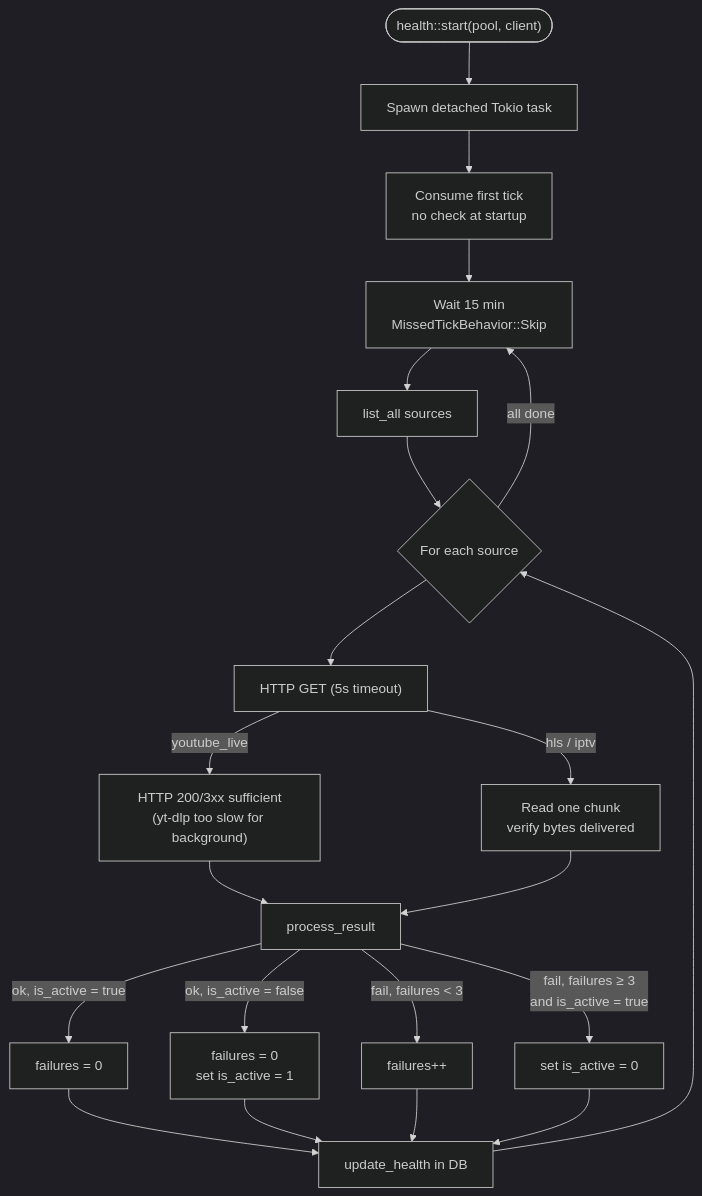
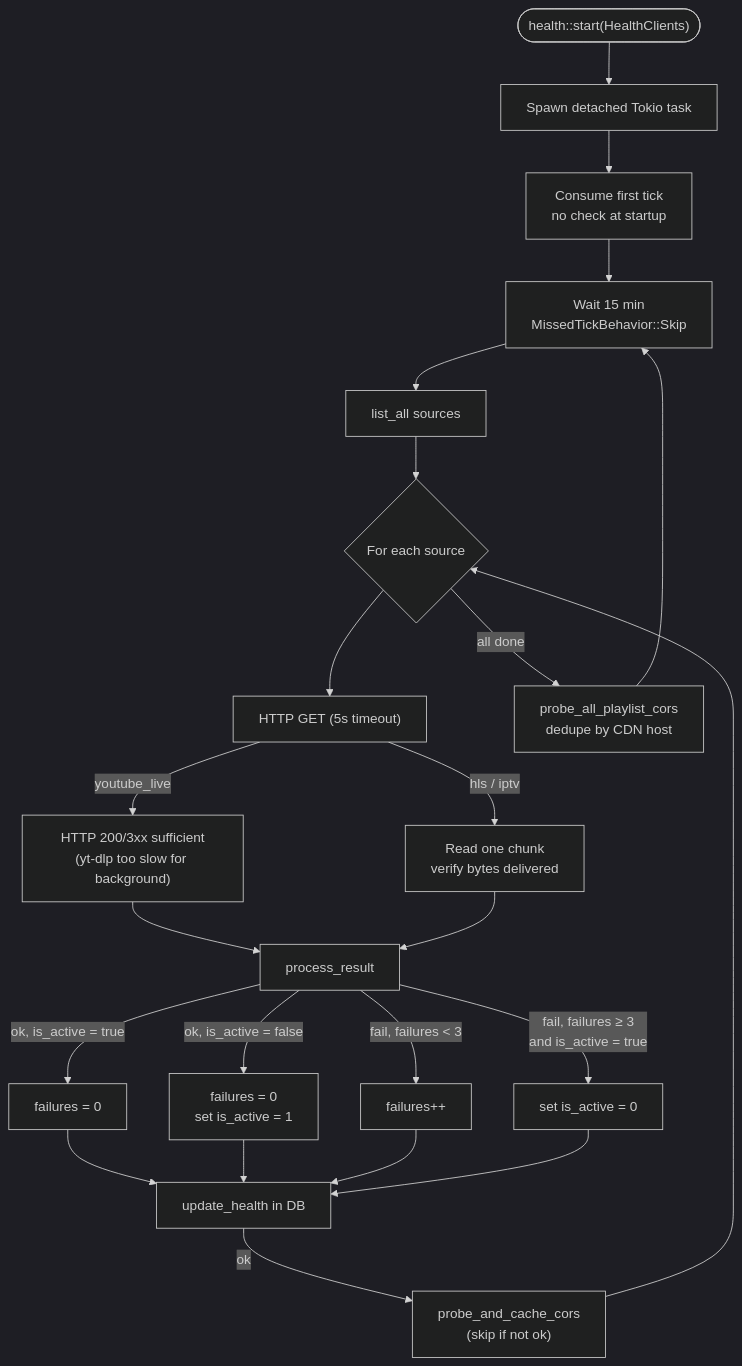
The first of 2 diagrams in docs/architecture/health-checker.md (Wkkkkk/MyTV), drawn with Mermaid (dark theme) before and after one commit. The commit also changed other lines of this file and 2 other files, not shown here.

Commit message:
docs: update architecture docs to reflect health checker and route changes
- health-checker: updated start() signature to HealthClients, added CORS
  probe steps to flowchart, added notes on probe_source vs check_source
- request-route-map: added GET /admin, POST /admin/playlist/:id/test,
  and the three static file routes (favicon.svg, manifest.json, favicon.ico)

````diff
--- a/docs/architecture/health-checker.md
+++ b/docs/architecture/health-checker.md
@@ -7,23 +7,25 @@
 ```mermaid
 flowchart TD
-    start(["health::start(pool, client)"]) --> spawn[Spawn detached Tokio task]
+    start(["health::start(HealthClients)"]) --> spawn[Spawn detached Tokio task]
     spawn --> t1[Consume first tick\nno check at startup]
     t1 --> wait["Wait 15 min\nMissedTickBehavior::Skip"]
     wait --> fetch["list_all sources"]
     fetch --> loop{For each source}
     loop --> check["HTTP GET  (5s timeout)"]
     check -->|youtube_live| yt["HTTP 200/3xx sufficient\n(yt-dlp too slow for background)"]
     check -->|hls / iptv| chunk["Read one chunk\nverify bytes delivered"]
     yt --> result[process_result]
     chunk --> result
     result -->|"ok, is_active = true"| reset["failures = 0"]
     result -->|"ok, is_active = false"| reenable["failures = 0\nset is_active = 1"]
     result -->|"fail, failures < 3"| inc["failures++"]
     result -->|"fail, failures ≥ 3\nand is_active = true"| disable["set is_active = 0"]
     reset --> db[update_health in DB]
     reenable --> db
     inc --> db
     disable --> db
-    db --> loop
-    loop -->|all done| wait
+    db -->|ok| cors["probe_and_cache_cors\n(skip if not ok)"]
+    cors --> loop
+    loop -->|all done| playlist["probe_all_playlist_cors\ndedupe by CDN host"]
+    playlist --> wait
 ```
````
